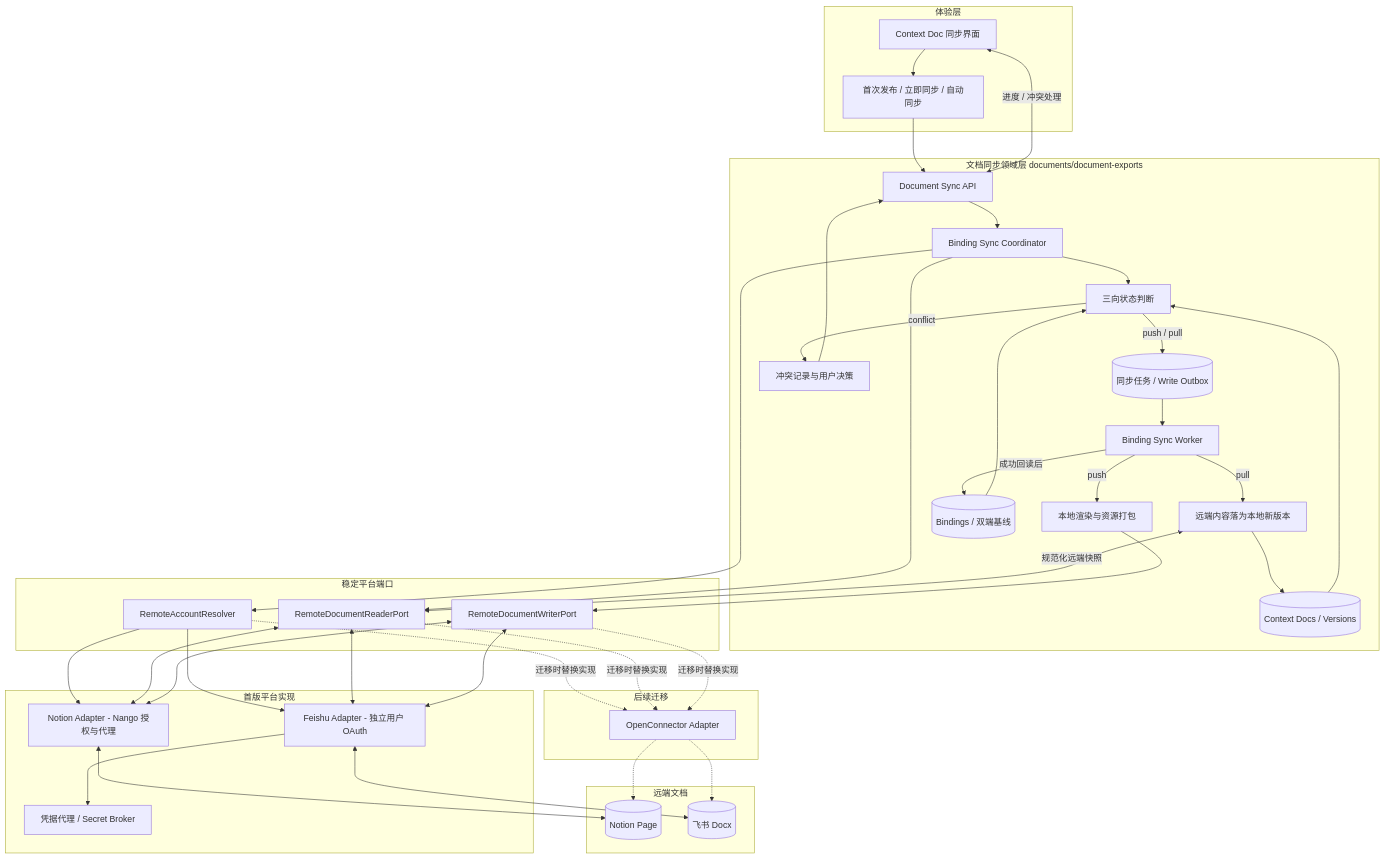
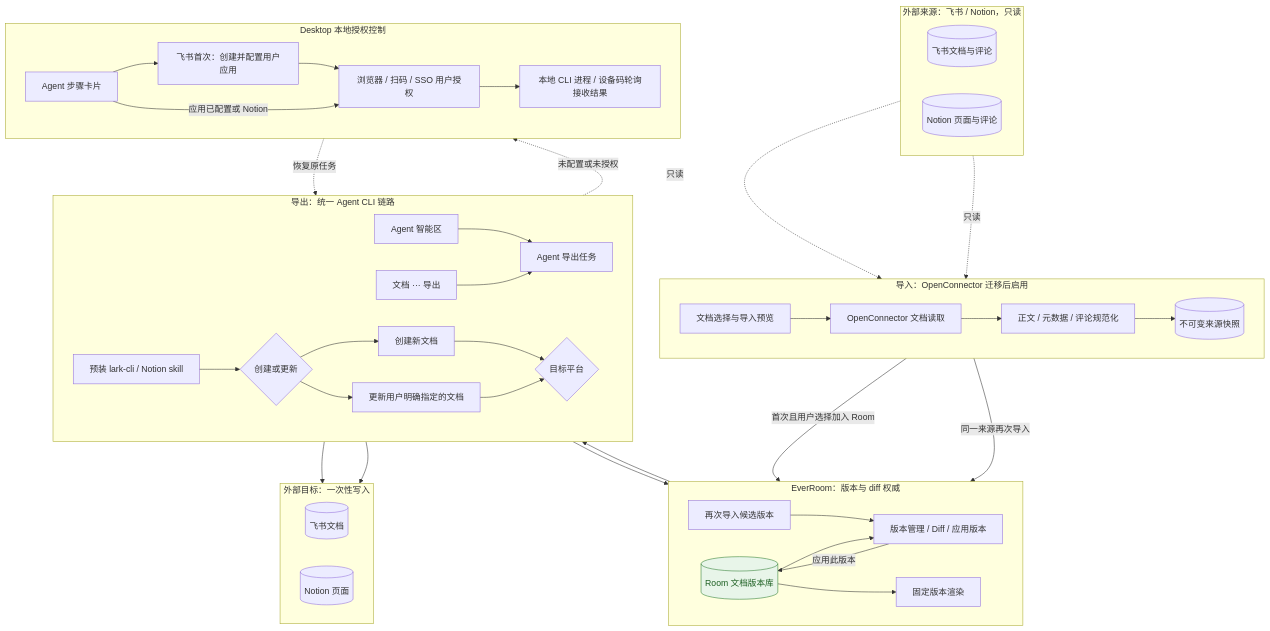
Before and after one commit to NxcoreAI/EverRoom: the first of 3 diagrams in feishu-notion-document-export-plan.md, drawn with Mermaid. The commit also changed other lines of this file and 45 other files, not shown here.

First line of the commit message:
chore: 提交工作区剩余并行改动（块索引标记、Room 记忆注入/自动衍生收尾、写作风格反馈、doc-writer 与文档内核调整）

````diff
--- a/feishu-notion-document-export-plan.md
+++ b/feishu-notion-document-export-plan.md
@@ -53,77 +86,73 @@
 ```mermaid
 flowchart TB
-    subgraph EXPERIENCE[体验层]
-        UI[Context Doc 同步界面]
-        ENTRY[首次发布 / 立即同步 / 自动同步]
-        UI --> ENTRY
+    subgraph SOURCE_PLATFORMS[外部来源：飞书 / Notion，只读]
+        direction LR
+        FEISHU_SOURCE[(飞书文档与评论)]
+        NOTION_SOURCE[(Notion 页面与评论)]
     end
 
-    subgraph DOMAIN[文档同步领域层 documents/document-exports]
-        API[Document Sync API]
-        COORD[Binding Sync Coordinator]
-        DETECT[三向状态判断]
-        QUEUE[(同步任务 / Write Outbox)]
-        WORKER[Binding Sync Worker]
-        RENDER[本地渲染与资源打包]
-        APPLY[远端内容落为本地新版本]
-        CONFLICT[冲突记录与用户决策]
-        DOCS[(Context Docs / Versions)]
-        BIND[(Bindings / 双端基线)]
-
-        API --> COORD
-        COORD --> DETECT
-        DOCS --> DETECT
-        BIND --> DETECT
-        DETECT -->|push / pull| QUEUE --> WORKER
-        DETECT -->|conflict| CONFLICT
-        WORKER -->|push| RENDER
-        WORKER -->|pull| APPLY --> DOCS
-        WORKER -->|成功回读后| BIND
-        CONFLICT --> API
+    subgraph IMPORT[导入：OpenConnector 迁移后启用]
+        direction LR
+        IMPORT_UI[文档选择与导入预览]
+        OC[OpenConnector 文档读取]
+        NORMALIZE[正文 / 元数据 / 评论规范化]
+        SOURCE[(不可变来源快照)]
+        IMPORT_UI --> OC --> NORMALIZE --> SOURCE
     end
 
-    subgraph PORTS[稳定平台端口]
-        ACCOUNT[RemoteAccountResolver]
-        READER[RemoteDocumentReaderPort]
-        WRITER[RemoteDocumentWriterPort]
+    subgraph ROOM[EverRoom：版本与 diff 权威]
+        direction LR
+        ROOM_DOC[(Room 文档版本库)]
+        CANDIDATE[再次导入候选版本]
+        VERSION_UI[版本管理 / Diff / 应用版本]
+        RENDER[固定版本渲染]
+        SOURCE -->|首次且用户选择加入 Room| ROOM_DOC
+        SOURCE -->|同一来源再次导入| CANDIDATE --> VERSION_UI
+        VERSION_UI -->|应用此版本| ROOM_DOC
+        ROOM_DOC --> VERSION_UI
+        ROOM_DOC --> RENDER
     end
 
-    subgraph CURRENT[首版平台实现]
-        NOTION_ADAPTER[Notion Adapter - Nango 授权与代理]
-        FEISHU_ADAPTER[Feishu Adapter - 独立用户 OAuth]
-        SECRET[凭据代理 / Secret Broker]
+    subgraph EXPORT[导出：统一 Agent CLI 链路]
+        direction LR
+        AGENT_ENTRY[Agent 智能区]
+        MENU_ENTRY[文档 ··· 导出]
+        EXPORT_RUN[Agent 导出任务]
+        TOOLS[预装 lark-cli / Notion skill]
+        MODE{创建或更新}
+        CREATE[创建新文档]
+        UPDATE[更新用户明确指定的文档]
+        PROVIDER{目标平台}
+        AGENT_ENTRY --> EXPORT_RUN
+        MENU_ENTRY --> EXPORT_RUN
+        EXPORT_RUN --> RENDER --> TOOLS --> MODE
+        MODE --> CREATE --> PROVIDER
+        MODE --> UPDATE --> PROVIDER
     end
 
-    subgraph REMOTE[远端文档]
-        NOTION[(Notion Page)]
-        FEISHU[(飞书 Docx)]
+    subgraph LOCAL_AUTH[Desktop 本地授权控制]
+        direction LR
+        AUTH_CARD[Agent 步骤卡片]
+        APP_SETUP[飞书首次：创建并配置用户应用]
+        USER_AUTH[浏览器 / 扫码 / SSO 用户授权]
+        LOCAL_RESULT[本地 CLI 进程 / 设备码轮询接收结果]
+        AUTH_CARD --> APP_SETUP --> USER_AUTH --> LOCAL_RESULT
+        AUTH_CARD -->|应用已配置或 Notion| USER_AUTH
     end
 
-    subgraph FUTURE[后续迁移]
-        OPEN[OpenConnector Adapter]
+    subgraph TARGET_PLATFORMS[外部目标：一次性写入]
+        direction LR
+        FEISHU_TARGET[(飞书文档)]
+        NOTION_TARGET[(Notion 页面)]
     end
 
-    ENTRY --> API
-    UI <-->|进度 / 冲突处理| API
-    COORD --> ACCOUNT
-    COORD --> READER
-    RENDER --> WRITER
-    APPLY <-->|规范化远端快照| READER
+    FEISHU_SOURCE -.只读.-> OC
+    NOTION_SOURCE -.只读.-> OC
+    PROVIDER --> FEISHU_TARGET
+    PROVIDER --> NOTION_TARGET
+    TOOLS -.未配置或未授权.-> AUTH_CARD
+    LOCAL_RESULT -.恢复原任务.-> TOOLS
 
-    ACCOUNT --> NOTION_ADAPTER
-    READER <--> NOTION_ADAPTER
-    WRITER <--> NOTION_ADAPTER
-    NOTION_ADAPTER <--> NOTION
-
-    ACCOUNT --> FEISHU_ADAPTER
-    READER <--> FEISHU_ADAPTER
-    WRITER <--> FEISHU_ADAPTER
-    FEISHU_ADAPTER --> SECRET
-    FEISHU_ADAPTER <--> FEISHU
-
-    ACCOUNT -. 迁移时替换实现 .-> OPEN
-    READER -. 迁移时替换实现 .-> OPEN
-    WRITER -. 迁移时替换实现 .-> OPEN
-    OPEN -.-> NOTION
-    OPEN -.-> FEISHU
+    classDef authority fill:#e8f5e9,stroke:#2e7d32,color:#1b5e20
+    class ROOM_DOC authority
 ```
````
